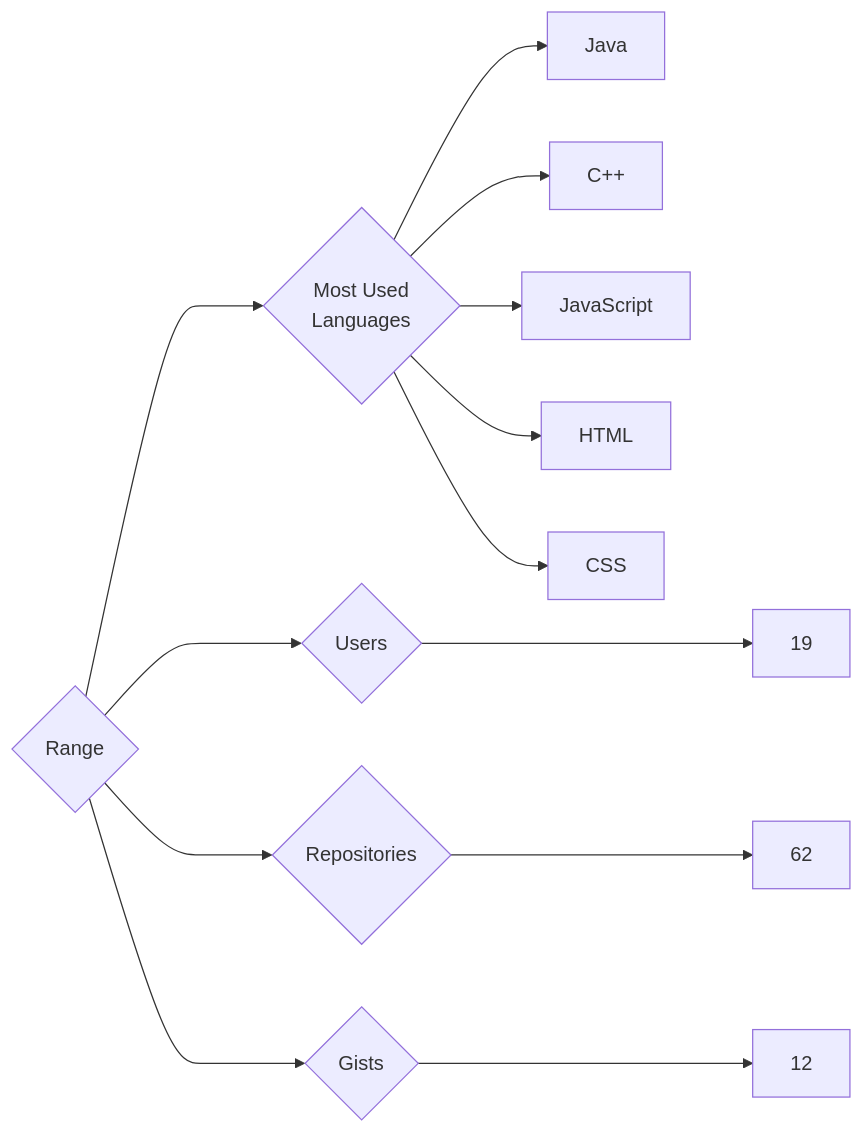
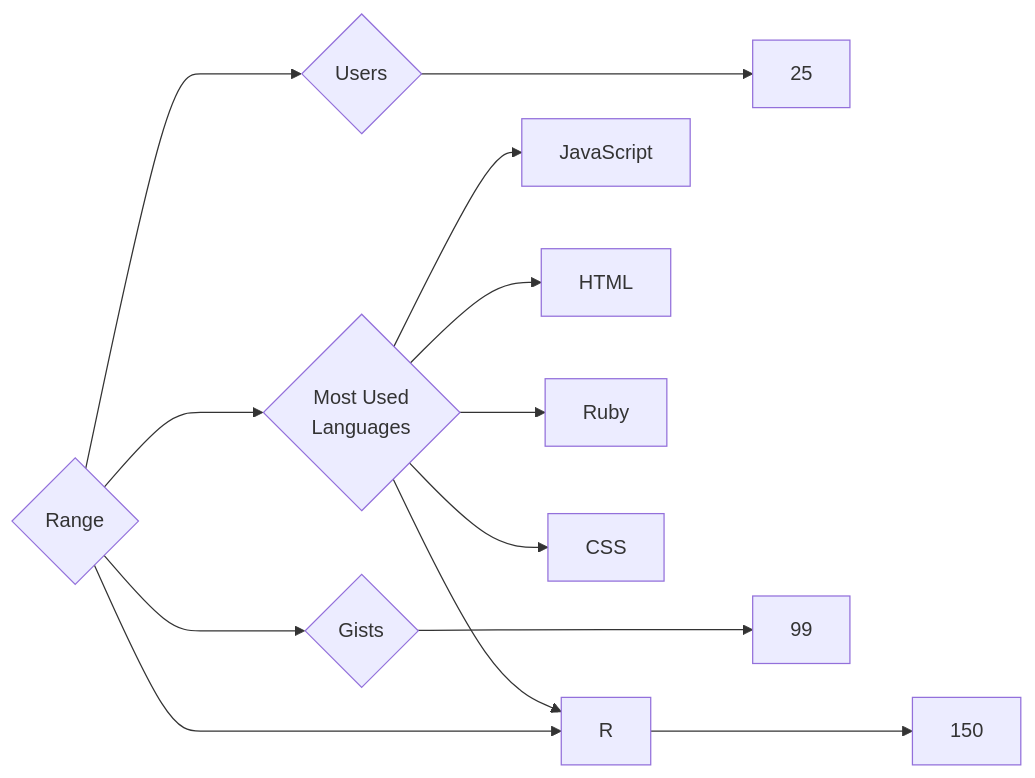
The diagram in targets/Range/README.md (trickest/insiders), drawn with Mermaid before and after one commit. The commit also changed 969 other files, not shown here.

````diff
--- a/targets/Range/README.md
+++ b/targets/Range/README.md
@@ -3,13 +3,13 @@
 ```mermaid
 graph LR
 COMPANY_NAME{Range}
-COMPANY_NAME ---> U{Users} ---> UN[19]
-COMPANY_NAME ---> R{Repositories} ---> RN[62]
-COMPANY_NAME ---> G{Gists} ---> GN[12]
+COMPANY_NAME ---> U{Users} ---> UN[25]
+COMPANY_NAME ---> R{Repositories} ---> RN[150]
+COMPANY_NAME ---> G{Gists} ---> GN[99]
 COMPANY_NAME ---> ML{Most Used<br>Languages}
-ML --> Java[Java]
-ML --> C++[C++]
 ML --> JavaScript[JavaScript]
 ML --> HTML[HTML]
+ML --> R[R]
+ML --> Ruby[Ruby]
 ML --> CSS[CSS]
 ```
````
